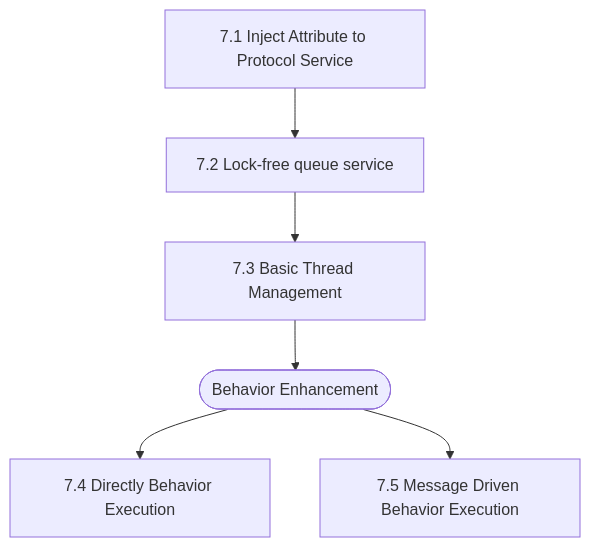
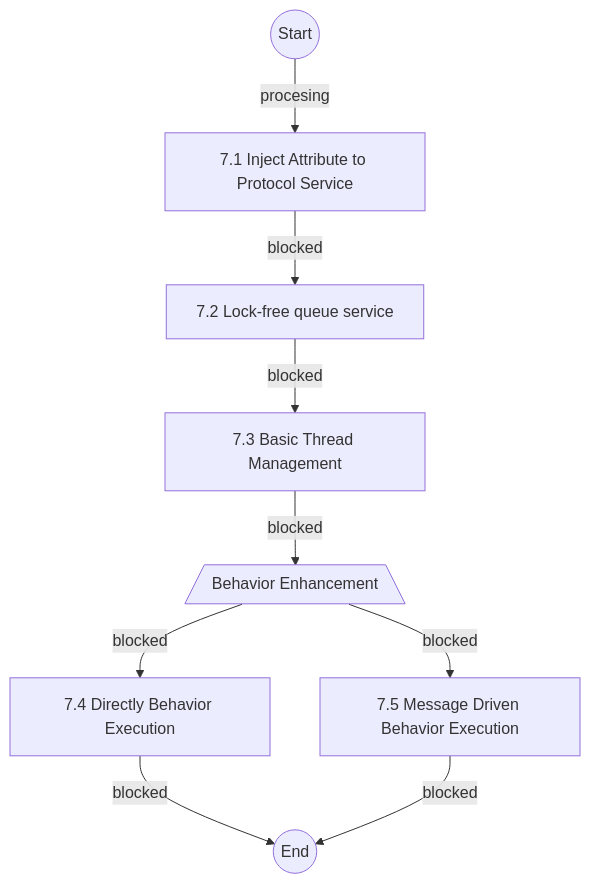
Before and after one commit to Inactionware/uapi.doc: the diagram in design/r2/F2.7/F2.7 Feature Tracing.md, drawn with Mermaid. The commit also changed 2 other files, not shown here.

Commit message:
Add attribute value parser in the config value parser

````diff
--- a/design/r2/F2.7/F2.7 Feature Tracing.md
+++ b/design/r2/F2.7/F2.7 Feature Tracing.md
@@ -10,7 +10,11 @@
 ```mermaid
 graph TB
-
-A[7.1 Inject Attribute to Protocol Service] --> B[7.2 Lock-free queue service] --> C[7.3 Basic Thread Management] --> D([Behavior Enhancement])
-D --> D1[7.4 Directly Behavior Execution]
-D --> D2[7.5 Message Driven Behavior Execution]
+S((Start)) -- procesing --> A[7.1 Inject Attribute to Protocol Service]
+A -- blocked --> B[7.2 Lock-free queue service]
+B -- blocked --> C[7.3 Basic Thread Management]
+C -- blocked --> D[/Behavior Enhancement\]
+D -- blocked --> D1[7.4 Directly Behavior Execution]
+D -- blocked --> D2[7.5 Message Driven Behavior Execution]
+D1 -- blocked --> E((End))
+D2 -- blocked --> E
 ```
````
